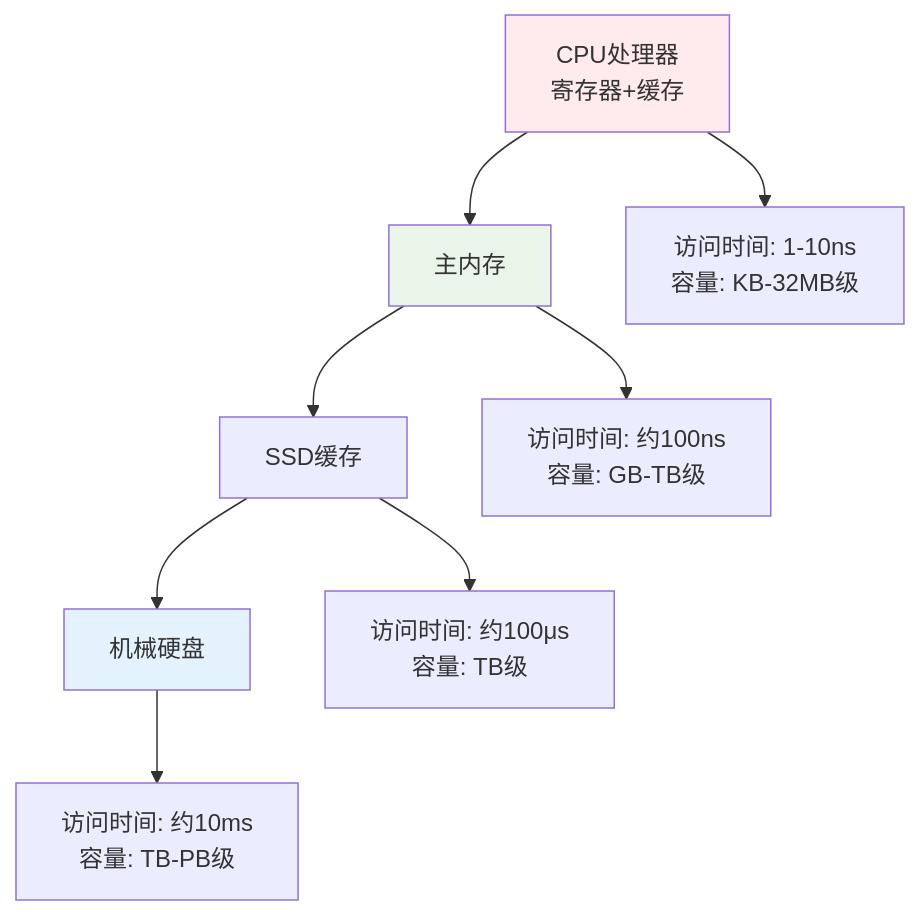
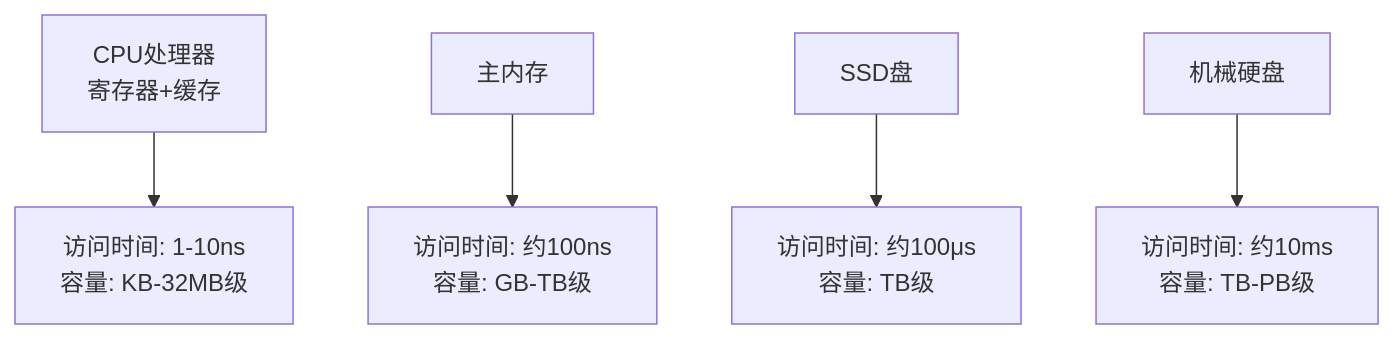
One commit to crazypenguincode/duckdb changed the first of 4 diagrams in md/第二章-相关背景与理论基础.md. Above: the diagram before and after it, drawn with Mermaid. The commit also changed other lines of this file and 29 other files, not shown here.

Commit message:
part2 添加图片

````diff
--- a/md/第二章-相关背景与理论基础.md
+++ b/md/第二章-相关背景与理论基础.md
@@ -38,15 +23,13 @@
 ```mermaid
 graph TD
-    A[CPU处理器<br/>寄存器+缓存] --> E[主内存]
-    E --> F[SSD缓存]
-    F --> G[机械硬盘]
+    A[CPU处理器<br/>寄存器+缓存] 
+    E[主内存]
+    F[SSD盘]
+    G[机械硬盘]
     
     A --> A1[访问时间: 1-10ns<br/>容量: KB-32MB级]
     E --> E1[访问时间: 约100ns<br/>容量: GB-TB级]
     F --> F1[访问时间: 约100μs<br/>容量: TB级]
     G --> G1[访问时间: 约10ms<br/>容量: TB-PB级]
-    
-    style A fill:#ffebee
-    style E fill:#e8f5e8
-    style G fill:#e3f2fd
+
 ```
````
